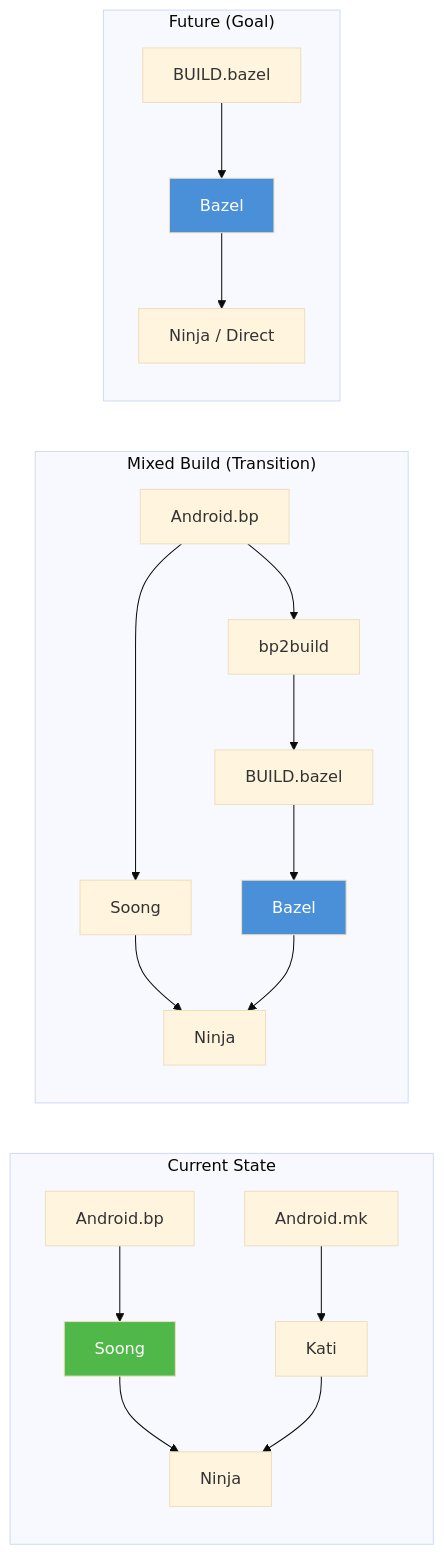
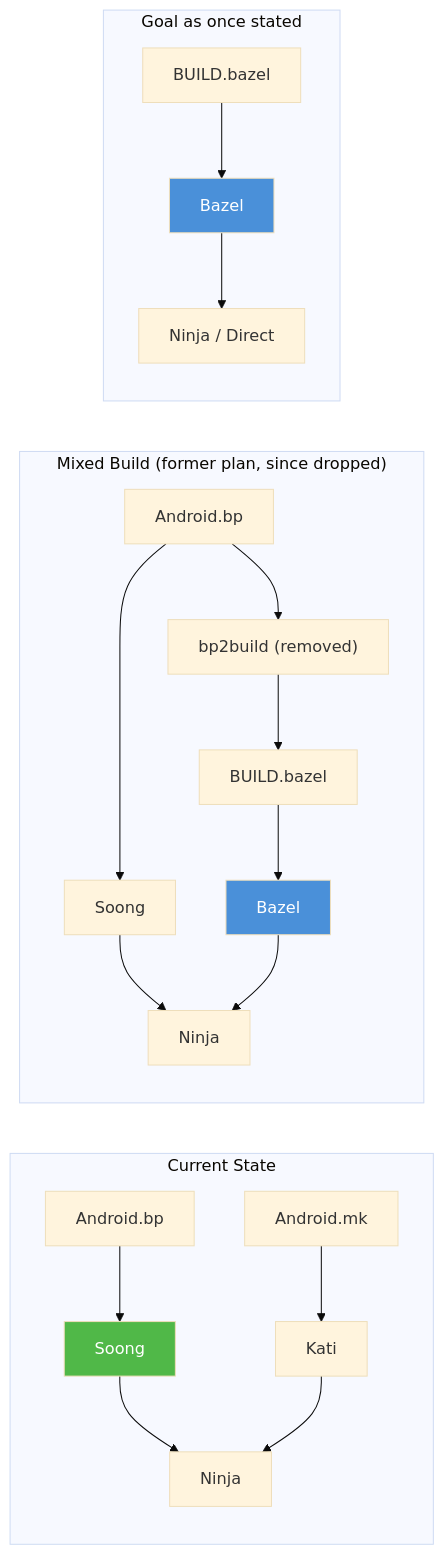
One commit to aospbooks/aosp-internal-book changed diagram 15 of 19 in 02-source-and-build.md. Above: the diagram before and after it, drawn with Mermaid (base theme). The commit also changed other lines of this file and 137 other files, not shown here.

````diff
--- a/02-source-and-build.md
+++ b/02-source-and-build.md
@@ -3809,27 +3808,27 @@
 ```mermaid
 graph LR
     subgraph "Current State"
         ABP[Android.bp] --> Soong[Soong]
         AMK[Android.mk] --> Kati[Kati]
         Soong --> NJ1[Ninja]
         Kati --> NJ1
     end
 
-    subgraph "Mixed Build (Transition)"
-        ABP2[Android.bp] --> BP2B[bp2build]
+    subgraph "Mixed Build (former plan, since dropped)"
+        ABP2[Android.bp] --> BP2B["bp2build (removed)"]
         BP2B --> BUILD[BUILD.bazel]
         BUILD --> Bazel[Bazel]
         ABP2 --> Soong2[Soong]
         Soong2 --> NJ2[Ninja]
         Bazel --> NJ2
     end
 
-    subgraph "Future (Goal)"
+    subgraph "Goal as once stated"
         BUILD2[BUILD.bazel] --> Bazel2[Bazel]
-        Bazel2 --> NJ3[Ninja / Direct]
+        Bazel2 --> NJ3["Ninja / Direct"]
     end
 
     style Soong fill:#50b848,color:#fff
     style Bazel fill:#4a90d9,color:#fff
     style Bazel2 fill:#4a90d9,color:#fff
 ```
````
